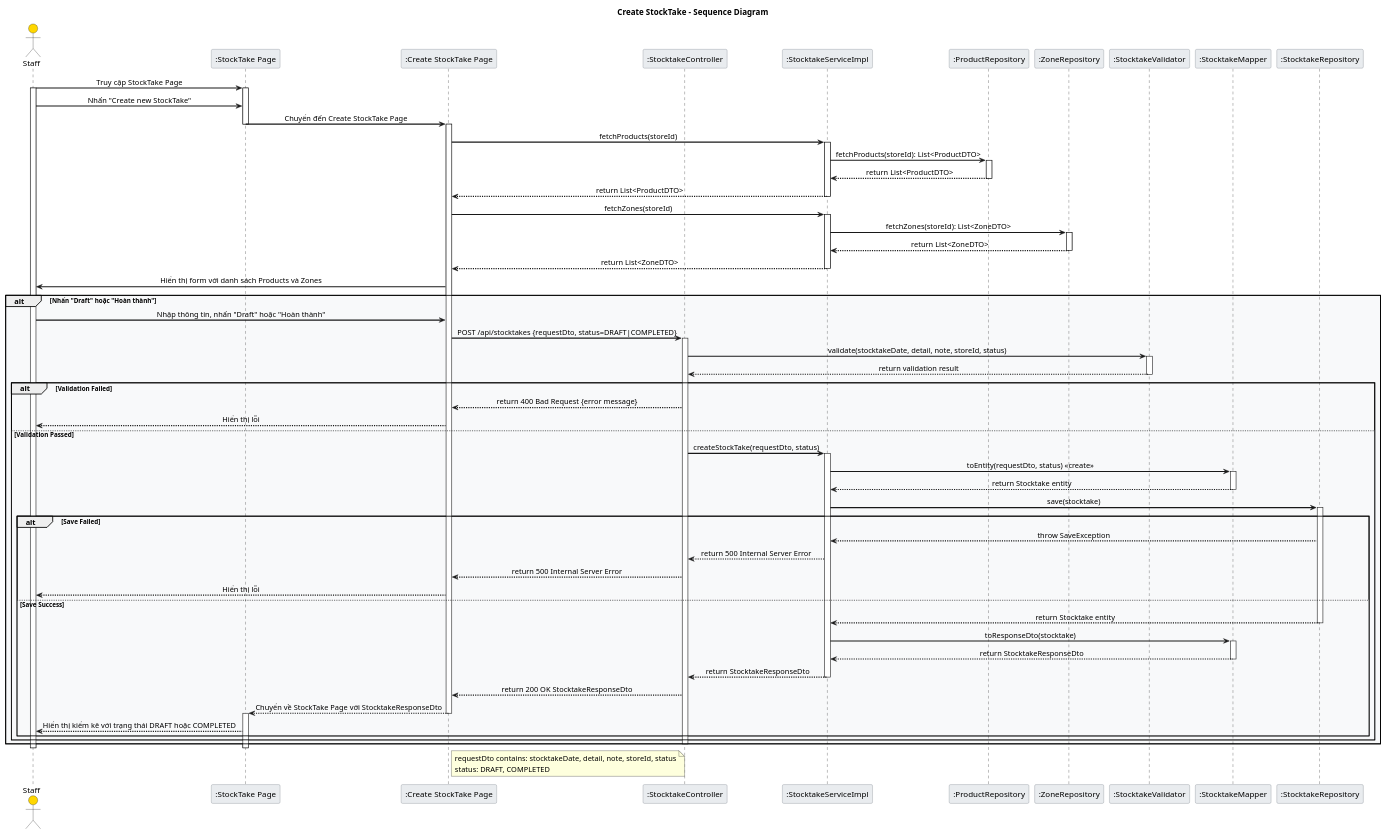
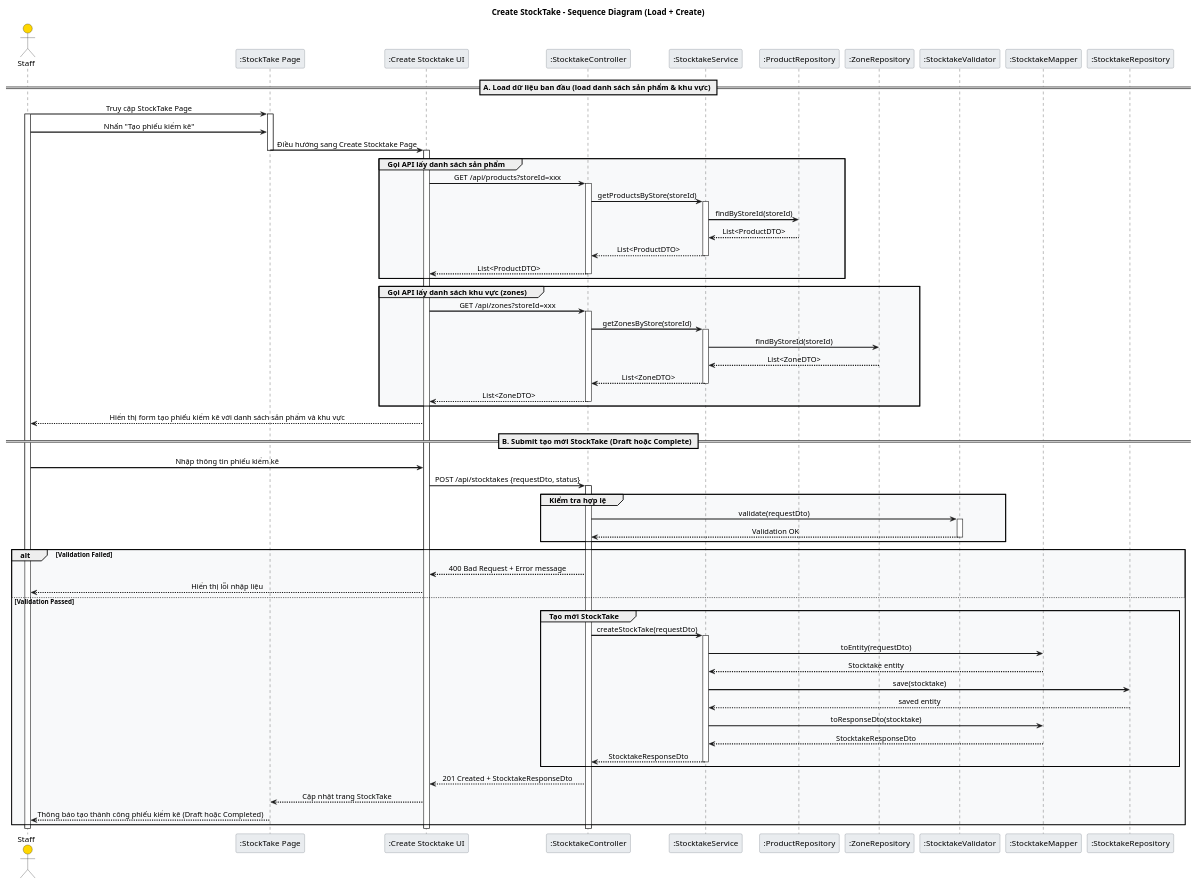
One commit to LamVNT/Farmovo changed the diagram in Stocktake_Create_Sequence.puml. Above: the diagram before and after it, drawn with PlantUML. The commit also changed 20 other files, not shown here.

Commit message:
Fix Logic Paging StockTake, Category

```diff
--- a/Stocktake_Create_Sequence.puml
+++ b/Stocktake_Create_Sequence.puml
@@ -1,106 +1,107 @@
-@startuml Stocktake_Create_Sequence
+@startuml Create_StockTake_SequenceDiagram
 
 skinparam backgroundColor white
 skinparam sequenceArrowThickness 2
 skinparam sequenceMessageAlign center
 skinparam sequenceGroupBodyBackgroundColor #F8F9FA
 skinparam sequenceParticipantBorderColor #6C757D
 skinparam sequenceParticipantBackgroundColor #E9ECEF
 skinparam sequenceLifeLineStroke dash
 skinparam actorBackgroundColor #FFD700
 
-title Create StockTake - Sequence Diagram
+title Create StockTake – Sequence Diagram (Load + Create)
 
 actor Staff
 participant ":StockTake Page" as UI
-participant ":Create StockTake Page" as CSUI
-participant ":StocktakeController" as CC
-participant ":StocktakeServiceImpl" as CS
-participant ":ProductRepository" as PR
-participant ":ZoneRepository" as ZR
-participant ":StocktakeValidator" as CV
-participant ":StocktakeMapper" as CM
-participant ":StocktakeRepository" as CR
+participant ":Create Stocktake UI" as CreateUI
+participant ":StocktakeController" as Controller
+participant ":StocktakeService" as Service
+participant ":ProductRepository" as ProductRepo
+participant ":ZoneRepository" as ZoneRepo
+participant ":StocktakeValidator" as Validator
+participant ":StocktakeMapper" as Mapper
+participant ":StocktakeRepository" as StocktakeRepo
 
-' Bước ban đầu: Staff truy cập StockTake Page và nhấn nút Create
+== A. Load dữ liệu ban đầu (load danh sách sản phẩm & khu vực) ==
+
 Staff -> UI: Truy cập StockTake Page
 activate Staff
 activate UI
-Staff -> UI: Nhấn "Create new StockTake"
-UI -> CSUI: Chuyển đến Create StockTake Page
+
+Staff -> UI: Nhấn "Tạo phiếu kiểm kê"
+UI -> CreateUI: Điều hướng sang Create Stocktake Page
 deactivate UI
-activate CSUI
+activate CreateUI
 
-' Create StockTake Page lấy dữ liệu
-CSUI -> CS: fetchProducts(storeId)
-activate CS
-CS -> PR: fetchProducts(storeId): List<ProductDTO>
-activate PR
-PR --> CS: return List<ProductDTO>
-deactivate PR
-CS --> CSUI: return List<ProductDTO>
-deactivate CS
-CSUI -> CS: fetchZones(storeId)
-activate CS
-CS -> ZR: fetchZones(storeId): List<ZoneDTO>
-activate ZR
-ZR --> CS: return List<ZoneDTO>
-deactivate ZR
-CS --> CSUI: return List<ZoneDTO>
-deactivate CS
-CSUI -> Staff: Hiển thị form với danh sách Products và Zones
-
-' Staff nhập thông tin và chọn Draft hoặc Hoàn thành
-alt Nhấn "Draft" hoặc "Hoàn thành"
-    Staff -> CSUI: Nhập thông tin, nhấn "Draft" hoặc "Hoàn thành"
-    CSUI -> CC: POST /api/stocktakes {requestDto, status=DRAFT|COMPLETED}
-    activate CC
-    CC -> CV: validate(stocktakeDate, detail, note, storeId, status)
-    activate CV
-    CV --> CC: return validation result
-    deactivate CV
-    alt Validation Failed
-        CC --> CSUI: return 400 Bad Request {error message}
-        CSUI --> Staff: Hiển thị lỗi
-    else Validation Passed
-        CC -> CS: createStockTake(requestDto, status)
-        activate CS
-        CS -> CM: toEntity(requestDto, status) «create»
-        activate CM
-        CM --> CS: return Stocktake entity
-        deactivate CM
-        CS -> CR: save(stocktake)
-        activate CR
-        alt Save Failed
-            CR --> CS: throw SaveException
-            CS --> CC: return 500 Internal Server Error
-            CC --> CSUI: return 500 Internal Server Error
-            CSUI --> Staff: Hiển thị lỗi
-        else Save Success
-            CR --> CS: return Stocktake entity
-            deactivate CR
-            CS -> CM: toResponseDto(stocktake)
-            activate CM
-            CM --> CS: return StocktakeResponseDto
-            deactivate CM
-            CS --> CC: return StocktakeResponseDto
-            deactivate CS
-            CC --> CSUI: return 200 OK StocktakeResponseDto
-            CSUI --> UI: Chuyển về StockTake Page với StocktakeResponseDto
-            deactivate CSUI
-            activate UI
-            UI --> Staff: Hiển thị kiểm kê với trạng thái DRAFT hoặc COMPLETED
-        end
-    end
-    deactivate CC
+group Gọi API lấy danh sách sản phẩm
+    CreateUI -> Controller: GET /api/products?storeId=xxx
+    activate Controller
+    Controller -> Service: getProductsByStore(storeId)
+    activate Service
+    Service -> ProductRepo: findByStoreId(storeId)
+    ProductRepo --> Service: List<ProductDTO>
+    Service --> Controller: List<ProductDTO>
+    deactivate Service
+    Controller --> CreateUI: List<ProductDTO>
+    deactivate Controller
 end
 
+group Gọi API lấy danh sách khu vực (zones)
+    CreateUI -> Controller: GET /api/zones?storeId=xxx
+    activate Controller
+    Controller -> Service: getZonesByStore(storeId)
+    activate Service
+    Service -> ZoneRepo: findByStoreId(storeId)
+    ZoneRepo --> Service: List<ZoneDTO>
+    Service --> Controller: List<ZoneDTO>
+    deactivate Service
+    Controller --> CreateUI: List<ZoneDTO>
+    deactivate Controller
+end
+
+CreateUI --> Staff: Hiển thị form tạo phiếu kiểm kê với danh sách sản phẩm và khu vực
+
+== B. Submit tạo mới StockTake (Draft hoặc Complete) ==
+
+Staff -> CreateUI: Nhập thông tin phiếu kiểm kê
+CreateUI -> Controller: POST /api/stocktakes {requestDto, status}
+activate Controller
+
+group Kiểm tra hợp lệ
+    Controller -> Validator: validate(requestDto)
+    activate Validator
+    Validator --> Controller: Validation OK
+    deactivate Validator
+end
+
+alt Validation Failed
+    Controller --> CreateUI: 400 Bad Request + Error message
+    CreateUI --> Staff: Hiển thị lỗi nhập liệu
+else Validation Passed
+    group Tạo mới StockTake
+        Controller -> Service: createStockTake(requestDto)
+        activate Service
+
+        Service -> Mapper: toEntity(requestDto)
+        Mapper --> Service: Stocktake entity
+
+        Service -> StocktakeRepo: save(stocktake)
+        StocktakeRepo --> Service: saved entity
+
+        Service -> Mapper: toResponseDto(stocktake)
+        Mapper --> Service: StocktakeResponseDto
+
+        Service --> Controller: StocktakeResponseDto
+        deactivate Service
+    end
+
+    Controller --> CreateUI: 201 Created + StocktakeResponseDto
+    CreateUI --> UI: Cập nhật trang StockTake
+    UI --> Staff: Thông báo tạo thành công phiếu kiểm kê (Draft hoặc Completed)
+end
+deactivate Controller
+deactivate CreateUI
 deactivate UI
 deactivate Staff
 
-note right of CSUI
-    requestDto contains: stocktakeDate, detail, note, storeId, status
-    status: DRAFT, COMPLETED
-end note
-
 @enduml
```
